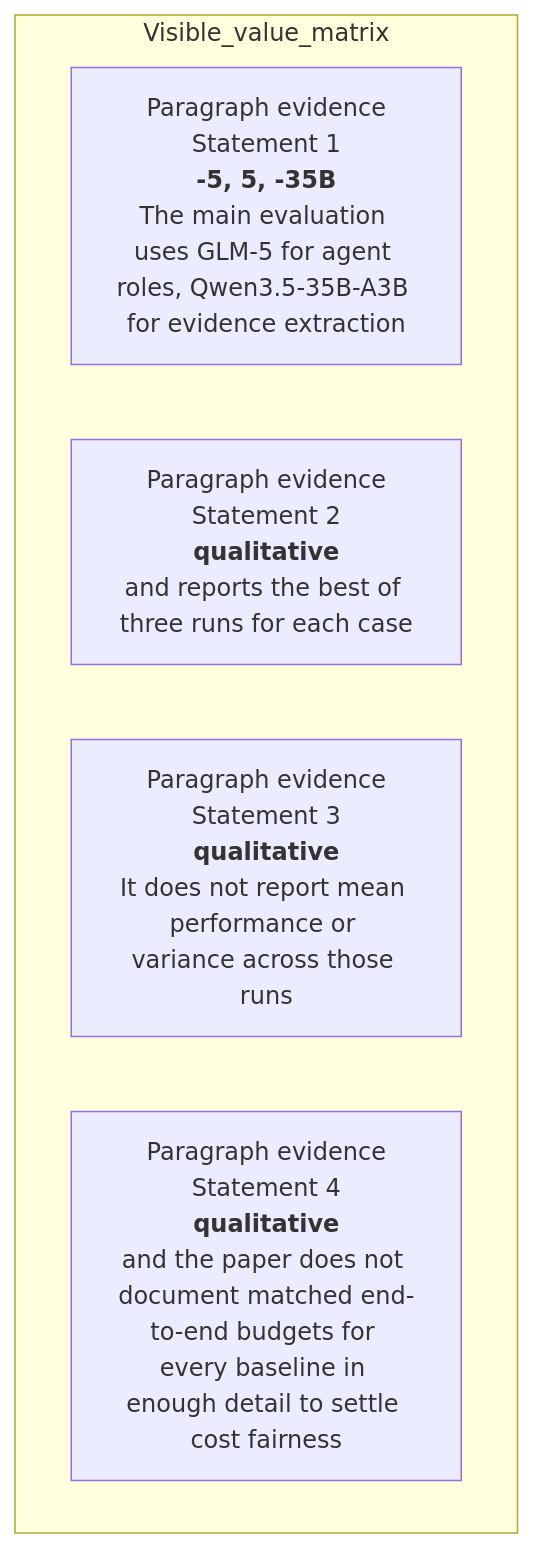
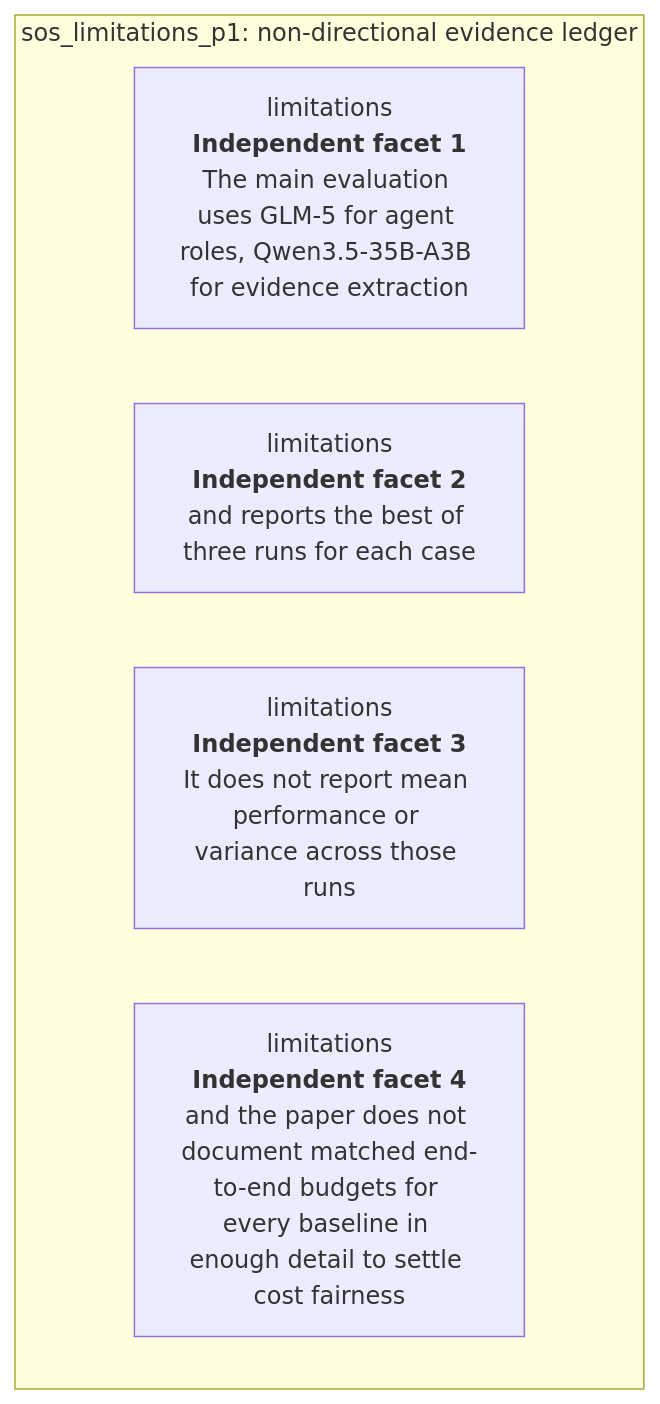
Before and after one commit to Betancourt1/paper_atlas: diagram 38 of 51 in docs/visual-manifests/VISUAL_MANIFEST_SEARCHOS_V1.md, drawn with Mermaid. The commit also changed other lines of this file and 7 other files, not shown here.

````diff
--- a/docs/visual-manifests/VISUAL_MANIFEST_SEARCHOS_V1.md
+++ b/docs/visual-manifests/VISUAL_MANIFEST_SEARCHOS_V1.md
@@ -3234,9 +3243,9 @@
 ```mermaid
 flowchart TB
-  subgraph Visible_value_matrix
-    r1["Paragraph evidence<br/>Statement 1<br/><b>-5, 5, -35B</b><br/>The main evaluation uses GLM-5 for agent roles, Qwen3.5-35B-A3B for evidence extraction"]
-    r2["Paragraph evidence<br/>Statement 2<br/><b>qualitative</b><br/>and reports the best of three runs for each case"]
-    r3["Paragraph evidence<br/>Statement 3<br/><b>qualitative</b><br/>It does not report mean performance or variance across those runs"]
-    r4["Paragraph evidence<br/>Statement 4<br/><b>qualitative</b><br/>and the paper does not document matched end-to-end budgets for every baseline in enough detail to settle cost fairness"]
+  subgraph Ledger["sos_limitations_p1: non-directional evidence ledger"]
+    r1["limitations<br/><b>Independent facet 1</b><br/>The main evaluation uses GLM-5 for agent roles, Qwen3.5-35B-A3B for evidence extraction"]
+    r2["limitations<br/><b>Independent facet 2</b><br/>and reports the best of three runs for each case"]
+    r3["limitations<br/><b>Independent facet 3</b><br/>It does not report mean performance or variance across those runs"]
+    r4["limitations<br/><b>Independent facet 4</b><br/>and the paper does not document matched end-to-end budgets for every baseline in enough detail to settle cost fairness"]
   end
 ```
````
